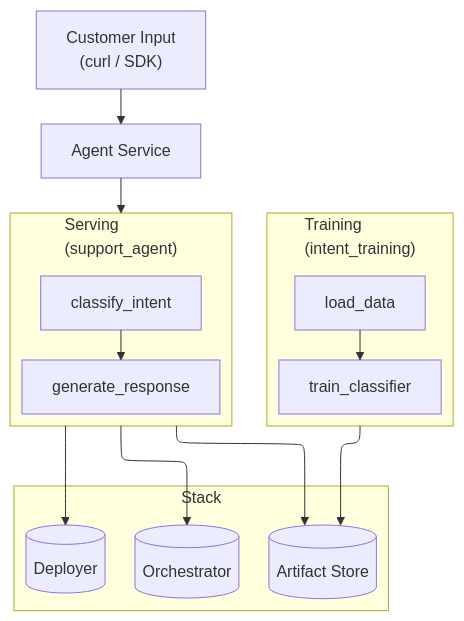
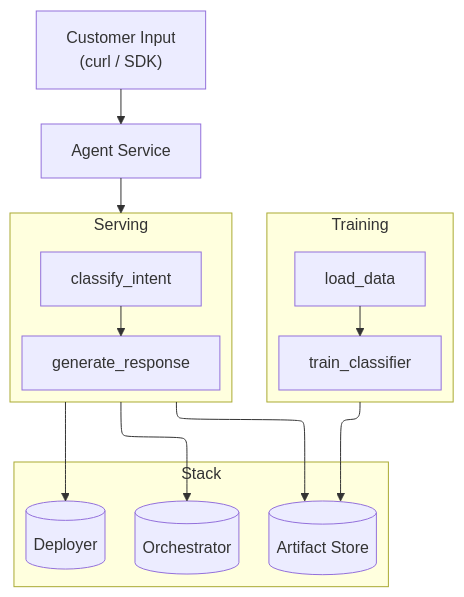
The third of 3 diagrams in docs/book/getting-started/your-first-ai-pipeline.md (zenml-io/zenml), drawn with Mermaid before and after one commit. The commit also changed other lines of this file, not shown here.

Commit message:
Update AI pipeline and training to remove specific names

````diff
--- a/docs/book/getting-started/your-first-ai-pipeline.md
+++ b/docs/book/getting-started/your-first-ai-pipeline.md
@@ -177,34 +177,34 @@
 ```mermaid
 ---
 config:
   layout: elk
   theme: mc
 ---
 flowchart TB
   U["Customer Input<br/>(curl / SDK)"] --> SA["Agent Service"]
 
-  subgraph TRAIN["Training<br/>(intent_training)"]
+  subgraph TRAIN["Training"]
     D["load_data"]
     T["train_classifier"]
     D --> T
   end
 
-  subgraph SERVE["Serving<br/>(support_agent)"]
+  subgraph SERVE["Serving"]
     C["classify_intent"]
     R["generate_response"]
     C --> R
   end
 
   SA --> SERVE
 
   subgraph STACK["Stack"]
     OR[("Orchestrator")]
     AR[("Artifact Store")]
     DE[("Deployer")]
   end
 
   TRAIN --> AR
   SERVE --> OR
   SERVE --> AR
   SERVE --> DE
 ```
````
